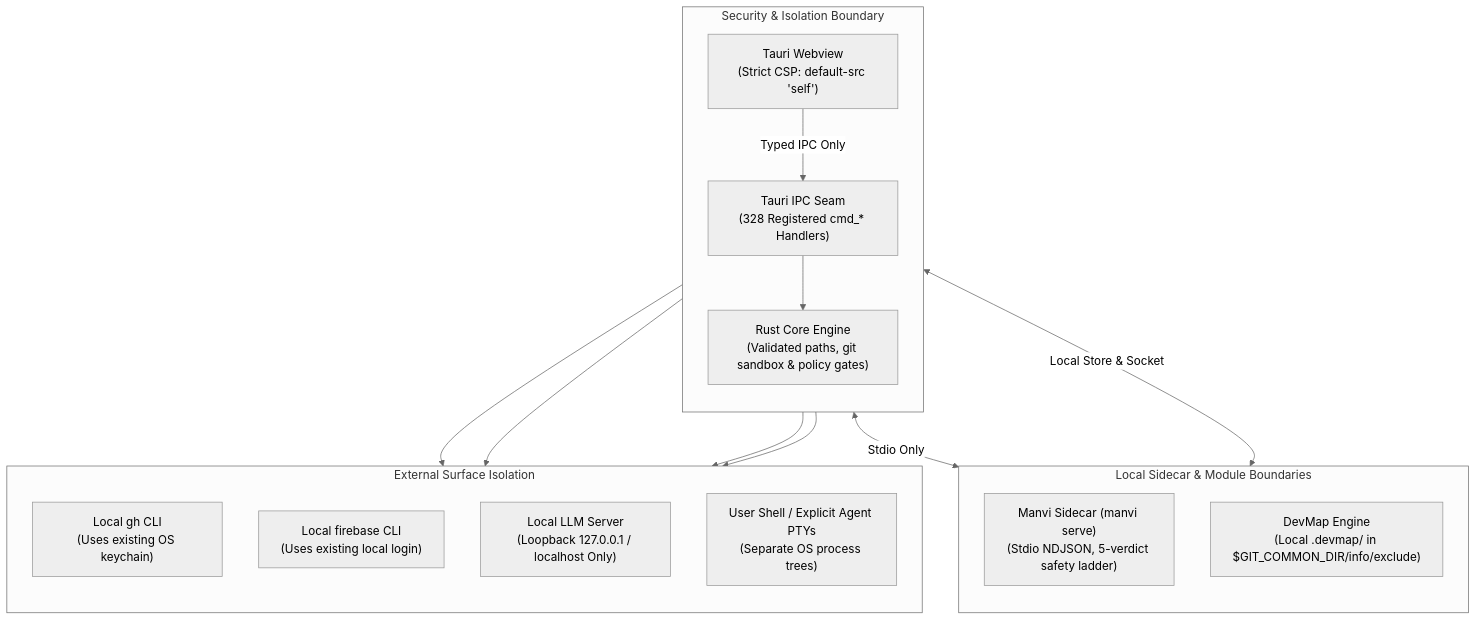
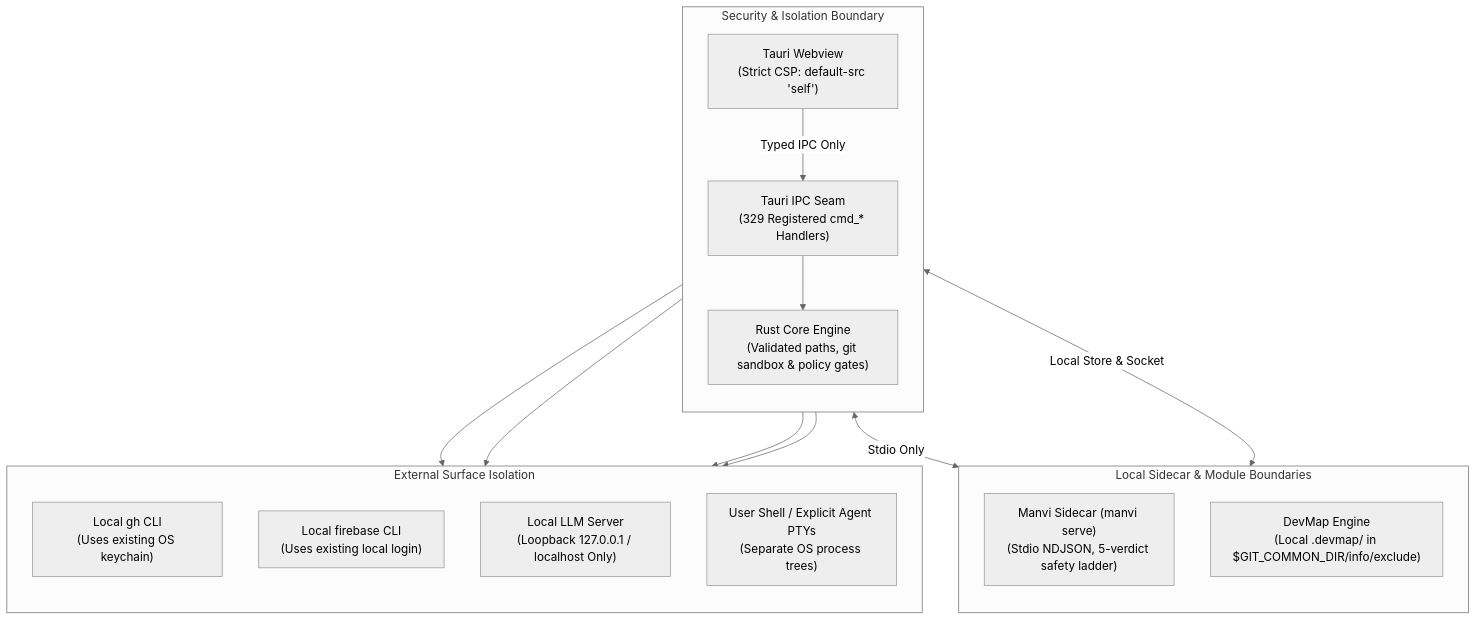
Before and after one commit to bharathvbcr/GitPulse: the diagram in docs/SECURITY.md, drawn with Mermaid (neutral theme). The commit also changed 25 other files, not shown here.

````diff
--- a/docs/SECURITY.md
+++ b/docs/SECURITY.md
@@ -12,33 +12,33 @@
 ```mermaid
 flowchart TD
     subgraph Boundary["Security & Isolation Boundary"]
         direction TB
         Webview["Tauri Webview<br/>(Strict CSP: default-src 'self')"]
-        IPCBoundary["Tauri IPC Seam<br/>(328 Registered cmd_* Handlers)"]
+        IPCBoundary["Tauri IPC Seam<br/>(329 Registered cmd_* Handlers)"]
         LocalEngine["Rust Core Engine<br/>(Validated paths, git sandbox & policy gates)"]
         
         Webview -->|Typed IPC Only| IPCBoundary
         IPCBoundary --> LocalEngine
     end
 
     subgraph SidecarIsolation["Local Sidecar & Module Boundaries"]
         direction TB
         ManviSidecar["Manvi Sidecar (manvi serve)<br/>(Stdio NDJSON, 5-verdict safety ladder)"]
         DevMapGate["DevMap Engine<br/>(Local .devmap/ in $GIT_COMMON_DIR/info/exclude)"]
     end
 
     subgraph ExternalSurfaces["External Surface Isolation"]
         direction TB
         LocalGH["Local gh CLI<br/>(Uses existing OS keychain)"]
         LocalFB["Local firebase CLI<br/>(Uses existing local login)"]
         LocalAI["Local LLM Server<br/>(Loopback 127.0.0.1 / localhost Only)"]
         PTY["User Shell / Explicit Agent PTYs<br/>(Separate OS process trees)"]
     end
 
     LocalEngine <-->|Stdio Only| ManviSidecar
     LocalEngine <-->|Local Store & Socket| DevMapGate
     LocalEngine --> LocalGH
     LocalEngine --> LocalFB
     LocalEngine --> LocalAI
     LocalEngine --> PTY
 ```
````
